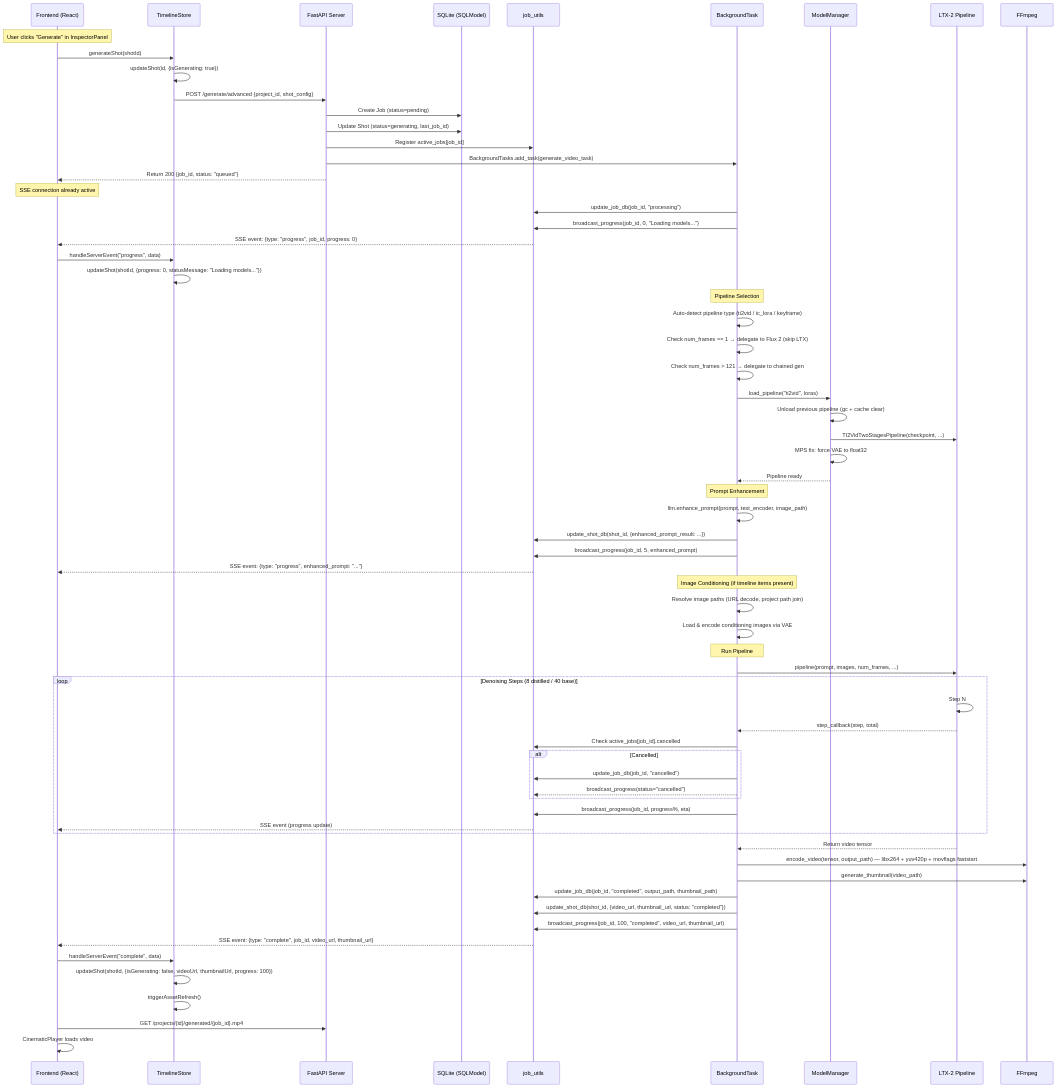
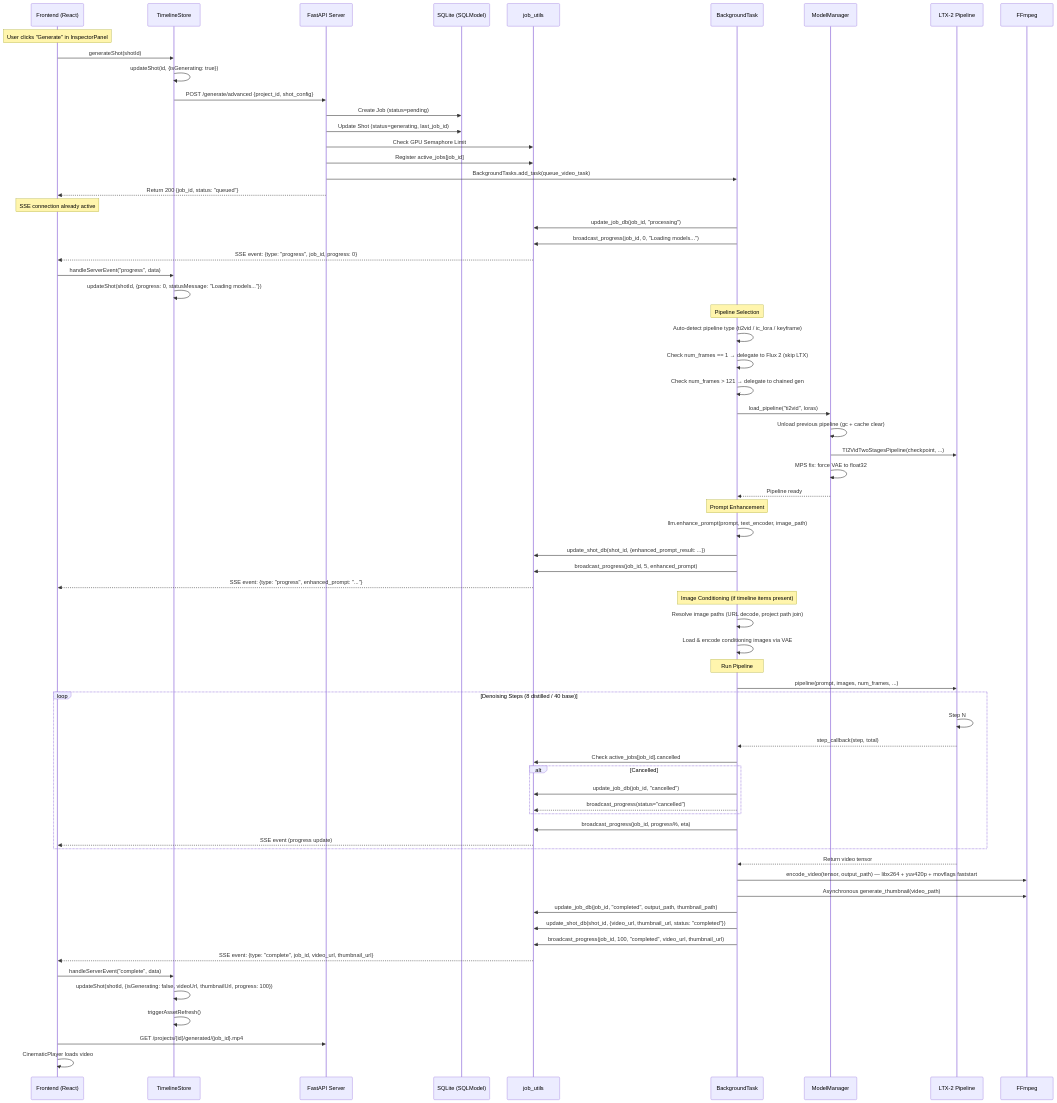
Before and after one commit to mainza-ai/milimovideo: the first of 11 diagrams in docs/05_execution_flow.md, drawn with Mermaid. The commit also changed other lines of this file and 13 other files, not shown here.

Commit message:
Fix storyboard generation hang, async ffmpeg extraction, image path resolutions, and update documentation

```diff
--- a/docs/05_execution_flow.md
+++ b/docs/05_execution_flow.md
@@ -22,8 +22,9 @@
 
     API->>DB: Create Job (status=pending)
     API->>DB: Update Shot (status=generating, last_job_id)
+    API->>Utils: Check GPU Semaphore Limit
     API->>Utils: Register active_jobs[job_id]
-    API->>Worker: BackgroundTasks.add_task(generate_video_task)
+    API->>Worker: BackgroundTasks.add_task(queue_video_task)
     API-->>UI: Return 200 {job_id, status: "queued"}
 
     Note over UI: SSE connection already active
@@ -73,7 +74,7 @@
     LTX-->>Worker: Return video tensor
 
     Worker->>FFmpeg: encode_video(tensor, output_path) — libx264 + yuv420p + movflags faststart
-    Worker->>FFmpeg: generate_thumbnail(video_path)
+    Worker->>FFmpeg: Asynchronous generate_thumbnail(video_path)
     Worker->>Utils: update_job_db(job_id, "completed", output_path, thumbnail_path)
     Worker->>Utils: update_shot_db(shot_id, {video_url, thumbnail_url, status: "completed"})
     Worker->>Utils: broadcast_progress(job_id, 100, "completed", video_url, thumbnail_url)
```
